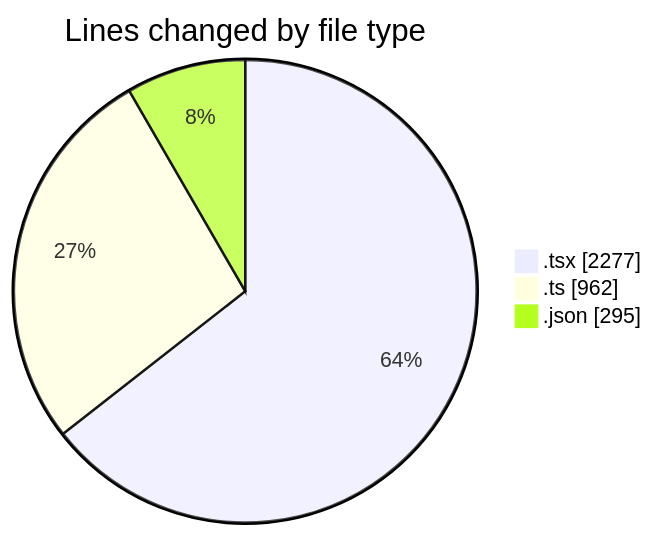
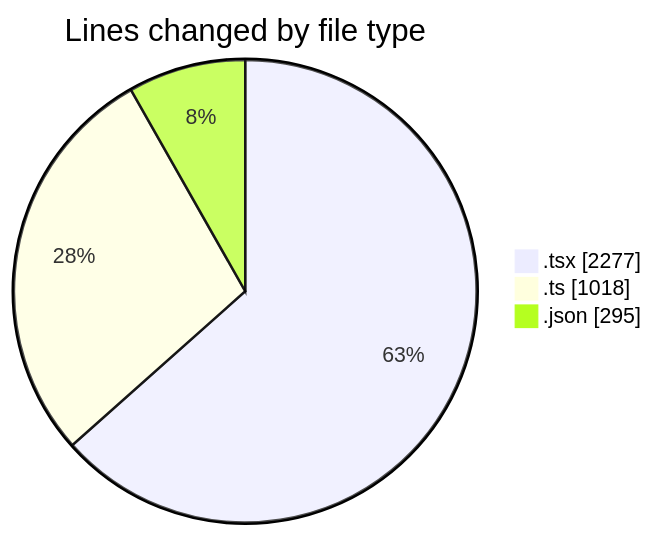
The first of 2 diagrams in 2025-10-09/eventscop-frontend-guide__workspace_/README.md (julien-gomy/code-tracking), drawn with Mermaid before and after one commit. The commit also changed other lines of this file and 1 other file, not shown here.

````diff
--- a/2025-10-09/eventscop-frontend-guide__workspace_/README.md
+++ b/2025-10-09/eventscop-frontend-guide__workspace_/README.md
@@ -39,7 +40,7 @@
 ```mermaid
 pie showData
 title Lines changed by file type
 ".tsx" : 2277
-".ts" : 962
+".ts" : 1018
 ".json" : 295
 ```
````
